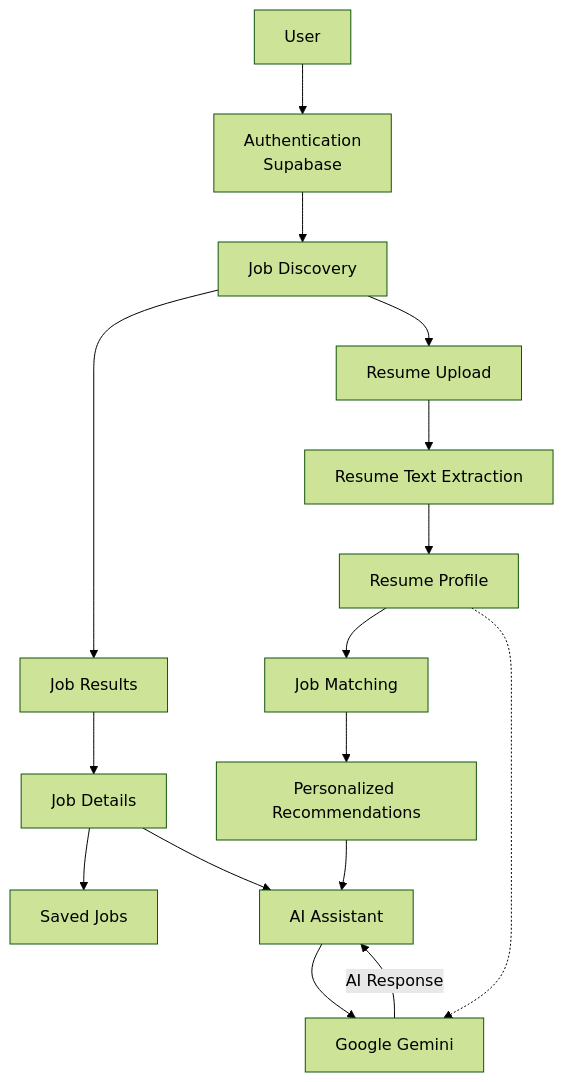
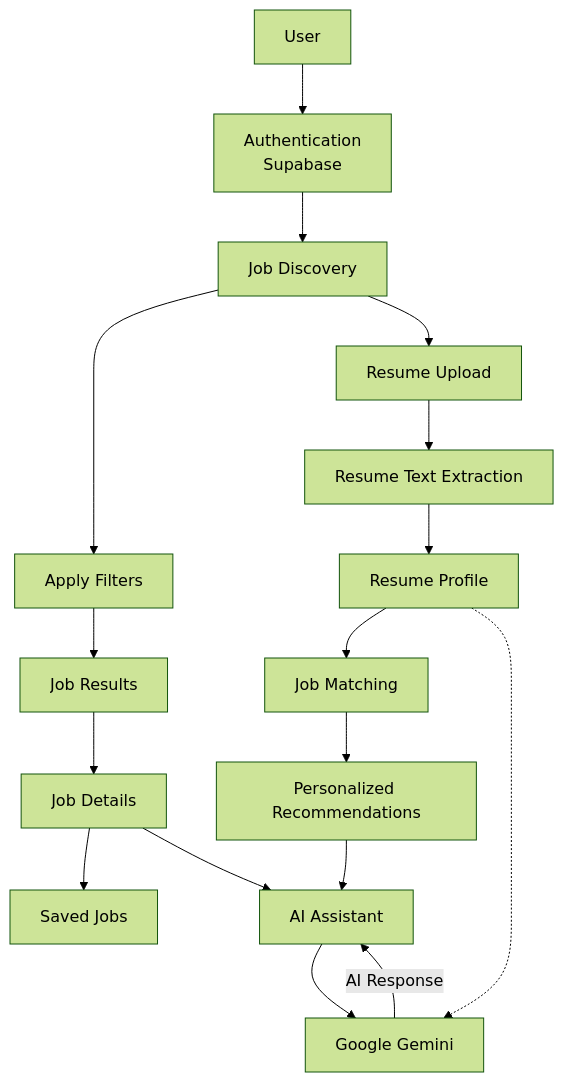
The first of 2 diagrams in README.md (DarshanMathpal/JobWiseAI), drawn with Mermaid (forest theme) before and after one commit.

Commit message:
Add Apply Filters to job flow in README

````diff
--- a/README.md
+++ b/README.md
@@ -50,38 +50,40 @@
 ```mermaid
 flowchart TD
     U[User]
     A[Authentication<br/>Supabase]
     D[Job Discovery]
     R[Job Results]
     J[Job Details]
+    AP[Apply Filters]
 
     RS[Resume Upload]
     EX[Resume Text Extraction]
     RP[Resume Profile]
     M[Job Matching]
     REC[Personalized Recommendations]
 
     S[Saved Jobs]
     AI[AI Assistant]
     G[Google Gemini]
 
     U --> A
     A --> D
-    D --> R
+    D --> AP
+    AP --> R
     R --> J
     D --> RS
 
     RS --> EX
     EX --> RP
     RP --> M
     M --> REC
 
     J --> S
     J --> AI
     REC --> AI
 
     AI --> G
     G -->|AI Response| AI
 
     RP -.-> G
 ```
````
